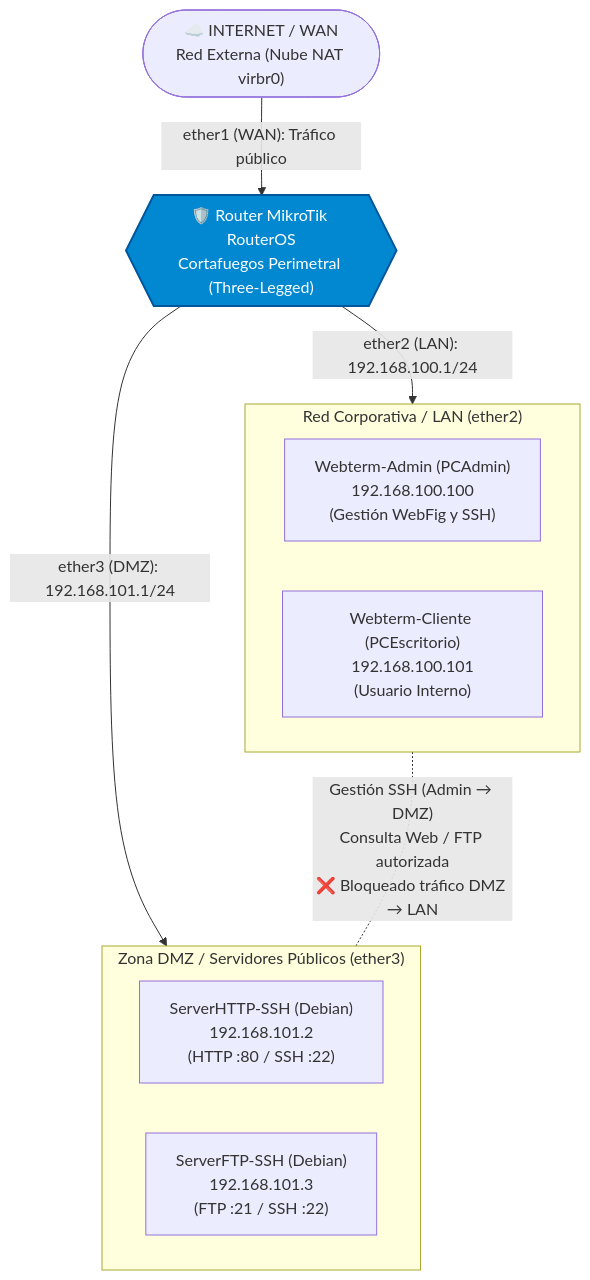
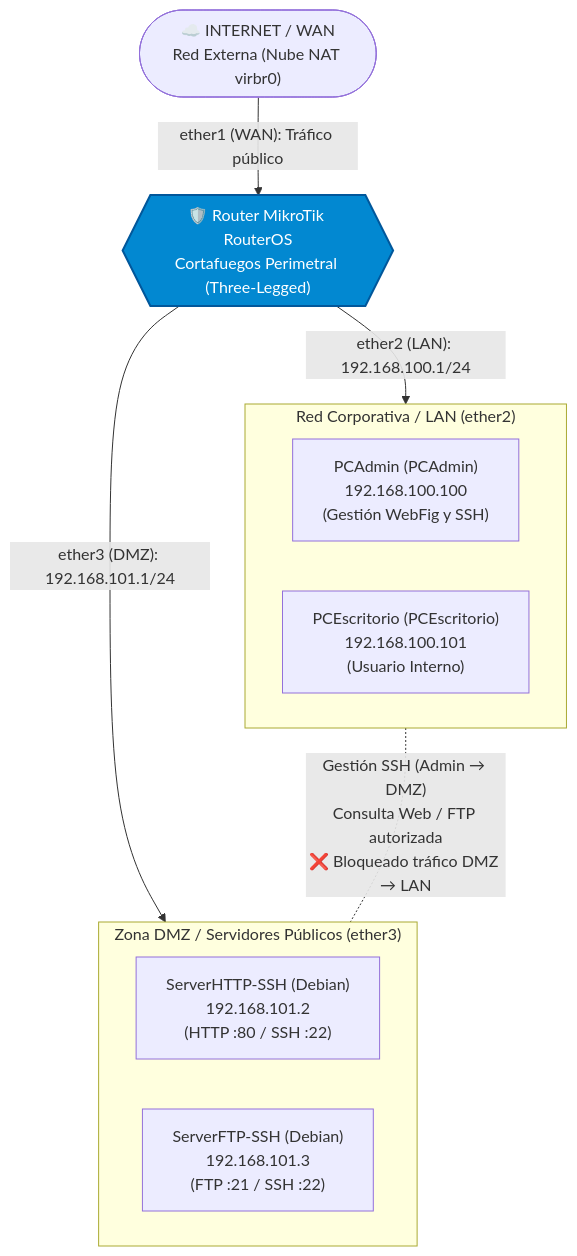
Before and after one commit to jmunozji/SAD: the diagram in docs/Ud7 Seguridad Perimetral Cortafuegos y DMZ/P7_3_dmz_un_router.md, drawn with Mermaid. The commit also changed other lines of this file, not shown here.

````diff
--- a/docs/Ud7 Seguridad Perimetral Cortafuegos y DMZ/P7_3_dmz_un_router.md
+++ b/docs/Ud7 Seguridad Perimetral Cortafuegos y DMZ/P7_3_dmz_un_router.md
@@ -42,25 +42,25 @@
 ```mermaid
 flowchart TD
     WAN(["☁️ INTERNET / WAN<br>Red Externa (Nube NAT virbr0)"])
 
     WAN -->|"ether1 (WAN): Tráfico público"| MKT
 
     MKT{{"🛡️ Router MikroTik RouterOS<br>Cortafuegos Perimetral (Three-Legged)"}}
 
     subgraph DMZZone ["Zona DMZ / Servidores Públicos (ether3)"]
         ServerHTTP["ServerHTTP-SSH (Debian)<br>192.168.101.2<br>(HTTP :80 / SSH :22)"]
         ServerFTP["ServerFTP-SSH (Debian)<br>192.168.101.3<br>(FTP :21 / SSH :22)"]
     end
 
     subgraph LANZone ["Red Corporativa / LAN (ether2)"]
-        PCAdmin["Webterm-Admin (PCAdmin)<br>192.168.100.100<br>(Gestión WebFig y SSH)"]
-        PCEscritorio["Webterm-Cliente (PCEscritorio)<br>192.168.100.101<br>(Usuario Interno)"]
+        PCAdmin["PCAdmin (PCAdmin)<br>192.168.100.100<br>(Gestión WebFig y SSH)"]
+        PCEscritorio["PCEscritorio (PCEscritorio)<br>192.168.100.101<br>(Usuario Interno)"]
     end
 
     MKT -->|"ether3 (DMZ): 192.168.101.1/24"| DMZZone
     MKT -->|"ether2 (LAN): 192.168.100.1/24"| LANZone
 
     LANZone -.-|"Gestión SSH (Admin → DMZ)<br>Consulta Web / FTP autorizada<br>❌ Bloqueado tráfico DMZ → LAN"| DMZZone
 
     style MKT fill:#0288d1,stroke:#01579b,stroke-width:2px,color:#ffffff
 ```
````
